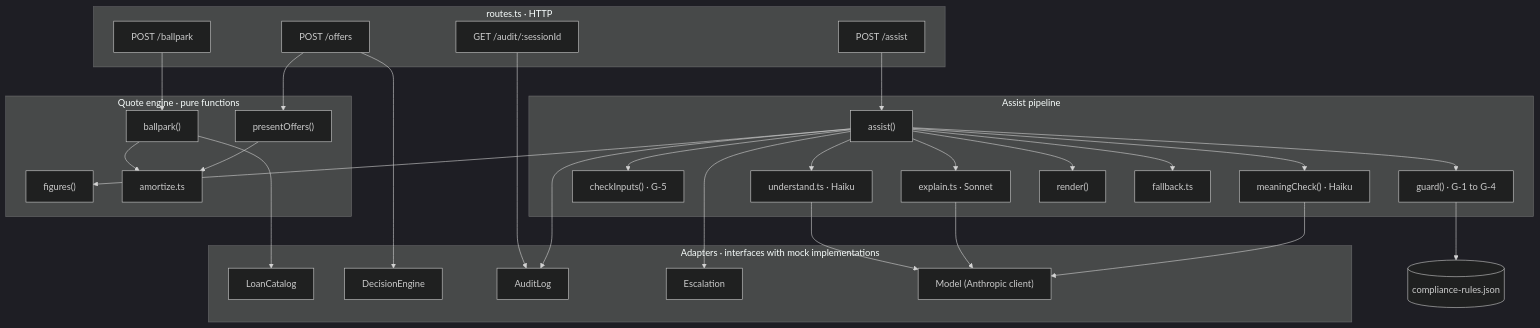
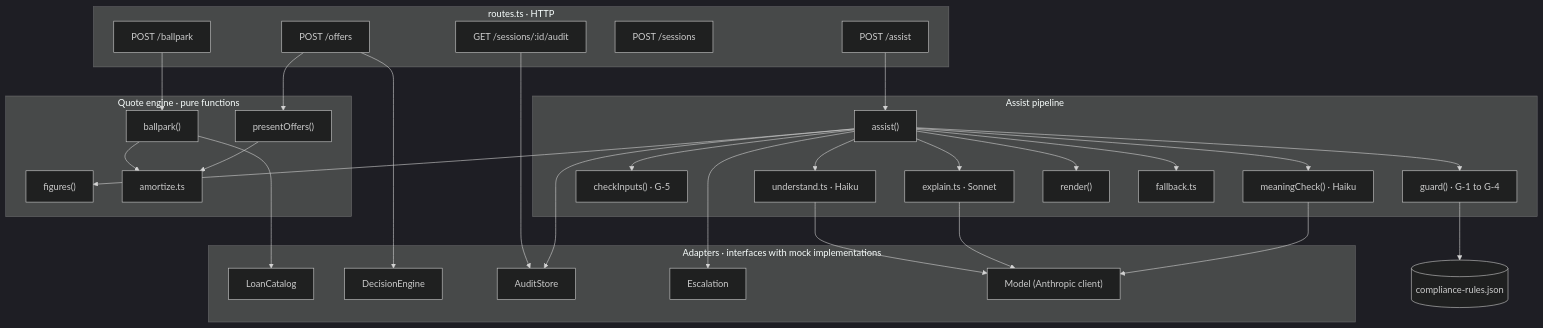
Before and after one commit to debudash/loanapp-contractorassist: the second of 6 diagrams in docs/architecture.md, drawn with Mermaid (dark theme). The commit also changed other lines of this file and 15 other files, not shown here.

First line of the commit message:
Add decision engine mock, consent and audit store (slice 3)

````diff
--- a/docs/architecture.md
+++ b/docs/architecture.md
@@ -80,56 +80,57 @@
 ```mermaid
 flowchart TB
   subgraph routes["routes.ts · HTTP"]
     R1["POST /ballpark"]
     R2["POST /offers"]
     R3["POST /assist"]
-    R4["GET /audit/:sessionId"]
+    R0["POST /sessions"]
+    R4["GET /sessions/:id/audit"]
   end
 
   subgraph quote["Quote engine · pure functions"]
     QB["ballpark()"]
     QP["presentOffers()"]
     QF["figures()"]
     AM["amortize.ts"]
   end
 
   subgraph assist["Assist pipeline"]
     AS["assist()"]
     UN["understand.ts · Haiku"]
     IC["checkInputs() · G-5"]
     EX["explain.ts · Sonnet"]
     GU["guard() · G-1 to G-4"]
     MC["meaningCheck() · Haiku"]
     RE["render()"]
     FB["fallback.ts"]
   end
 
   subgraph adapters["Adapters · interfaces with mock implementations"]
     LC["LoanCatalog"]
     DEI["DecisionEngine"]
-    AL["AuditLog"]
+    AL["AuditStore"]
     ES["Escalation"]
     MD["Model (Anthropic client)"]
   end
 
   RULES[("compliance-rules.json")]
 
   R1 --> QB
   R2 --> DEI
   R2 --> QP
   R3 --> AS
   R4 --> AL
   QB --> LC
   QB --> AM
   QP --> AM
   AS --> UN --> MD
   AS --> IC
   AS --> EX --> MD
   AS --> GU --> RULES
   AS --> MC --> MD
   AS --> RE
   AS --> FB
   AS --> QF
   AS --> AL
   AS --> ES
 ```
````
